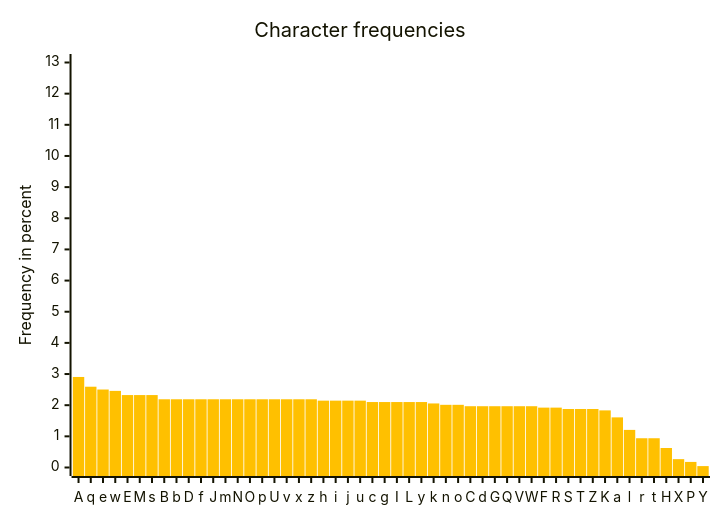
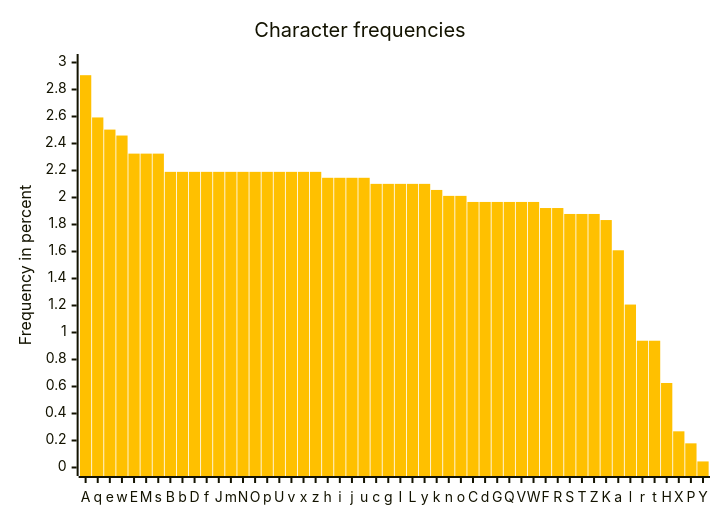
One commit to xformerfhs/homophone changed the second of 2 diagrams in README.md. Above: the diagram before and after it, drawn with Mermaid.

Commit message:
doc: Change scale on second chart.

````diff
--- a/README.md
+++ b/README.md
@@ -47,14 +47,14 @@
 ```mermaid
 ---
 config:
     themeVariables:
         fontFamily: "Courier New, Courier, monospace"
         xyChart:
             plotColorPalette: "#FFC000"
 ---
 xychart-beta
     title "Character frequencies"
     x-axis [A, q, e, w, E, M, s, B, b, D, f, J, m, N, O, p, U, v, x, z, h, i, j, u, c, g, I, L, y, k, n, o, C, d, G, Q, V, W, F, R, S, T, Z, K, a, l, r, t, H, X, P, Y]
-    y-axis "Frequency in percent" 0 --> 13
+    y-axis "Frequency in percent" 0 --> 3
     bar [2.906, 2.593, 2.503, 2.459, 2.325, 2.325, 2.325, 2.190, 2.190, 2.190, 2.190, 2.190, 2.190, 2.190, 2.190, 2.190, 2.190, 2.190, 2.190, 2.190, 2.146, 2.146, 2.146, 2.146, 2.101, 2.101, 2.101, 2.101, 2.101, 2.056, 2.012, 2.012, 1.967, 1.967, 1.967, 1.967, 1.967, 1.967, 1.922, 1.922, 1.878, 1.878, 1.878, 1.833, 1.609, 1.207, 0.939, 0.939, 0.626, 0.268, 0.179, 0.045]
 ```
````
